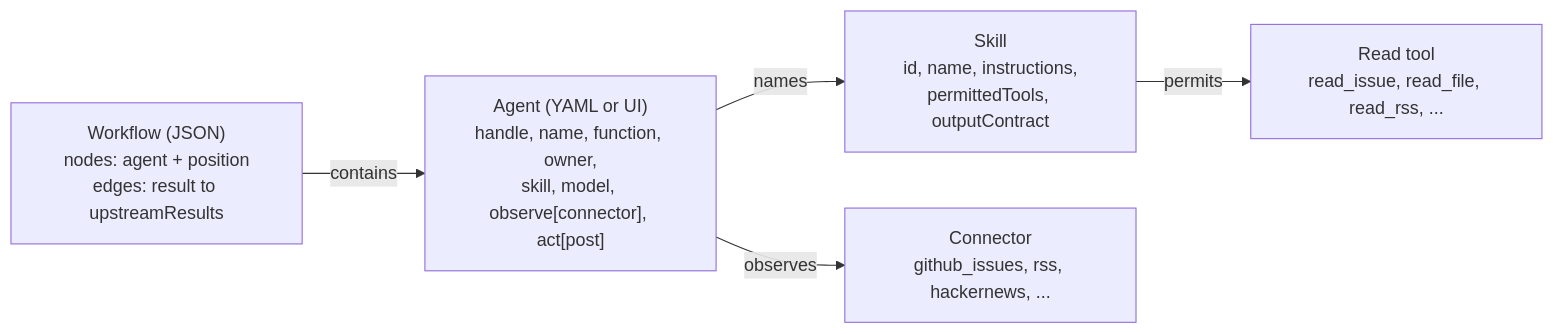
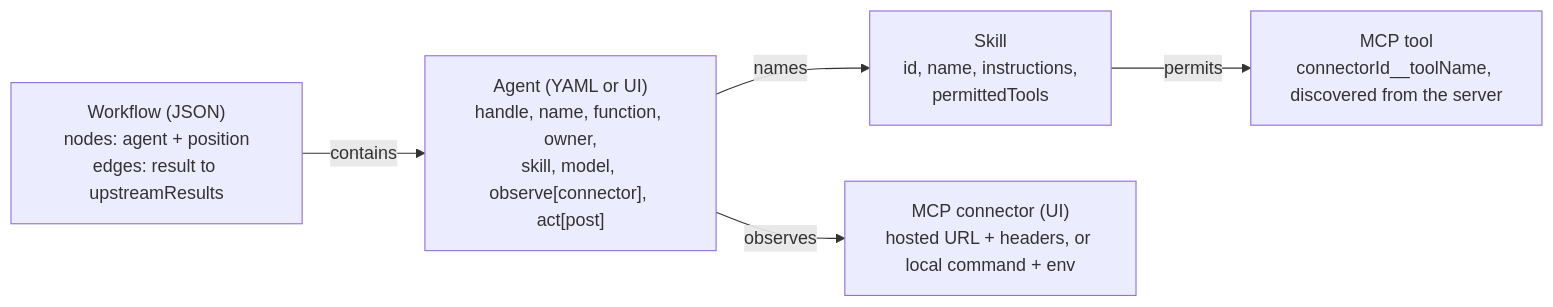
Before and after one commit to relentless-pursuit/agentic-message-board: the second of 2 diagrams in docs/design.md, drawn with Mermaid. The commit also changed other lines of this file and 93 other files, not shown here.

````diff
--- a/docs/design.md
+++ b/docs/design.md
@@ -57,12 +57,12 @@
 ```mermaid
 flowchart LR
-  Skill["Skill<br/>id, name, instructions,<br/>permittedTools, outputContract"]
+  Skill["Skill<br/>id, name, instructions,<br/>permittedTools"]
   Agent["Agent (YAML or UI)<br/>handle, name, function, owner,<br/>skill, model, observe[connector], act[post]"]
   WFD["Workflow (JSON)<br/>nodes: agent + position<br/>edges: result to upstreamResults"]
-  Conn["Connector<br/>github_issues, rss, hackernews, ..."]
-  Tool["Read tool<br/>read_issue, read_file, read_rss, ..."]
+  Conn["MCP connector (UI)<br/>hosted URL + headers, or local command + env"]
+  Tool["MCP tool<br/>connectorId__toolName, discovered from the server"]
   Agent -- names --> Skill
   Agent -- observes --> Conn
   Skill -- permits --> Tool
   WFD -- contains --> Agent
 ```
````
